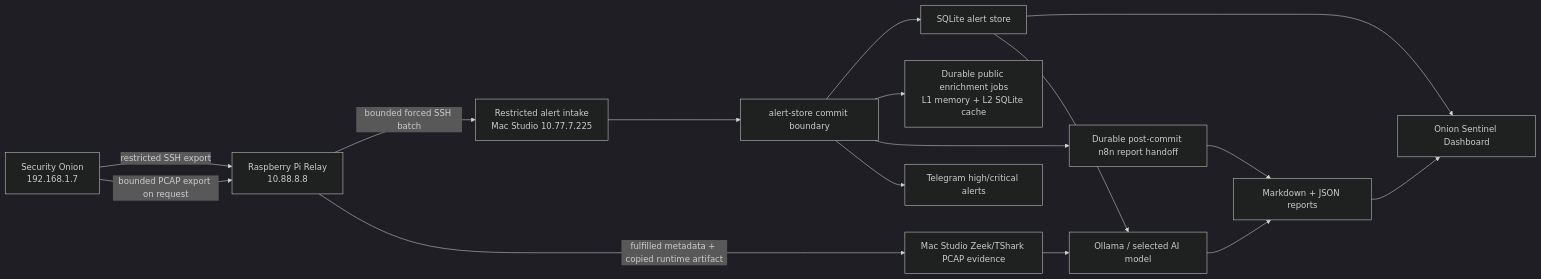
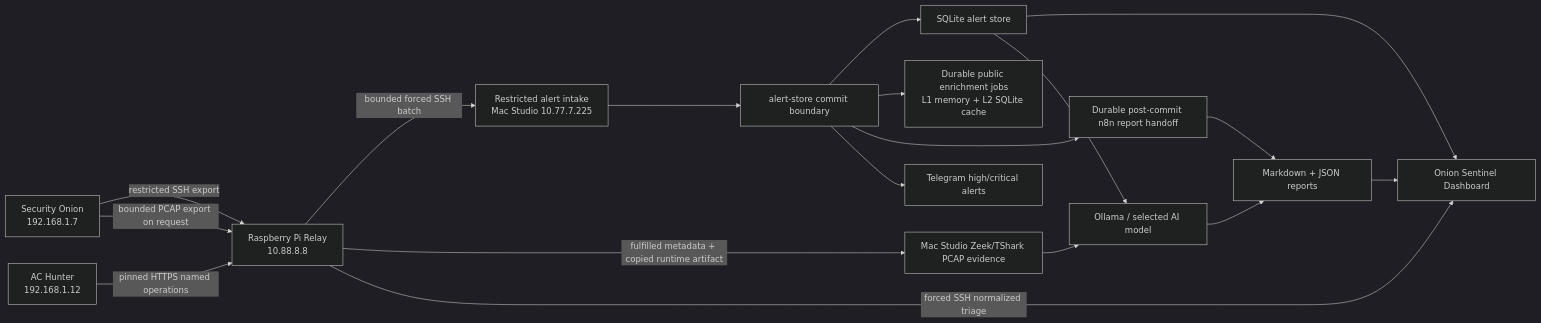
The diagram in README.md (ArronJablonowski/OnionSentinel), drawn with Mermaid (dark theme) before and after one commit. The commit also changed other lines of this file and 23 other files, not shown here.

````diff
--- a/README.md
+++ b/README.md
@@ -9,18 +9,20 @@
 ```mermaid
 flowchart LR
   SO["Security Onion\n192.168.1.7"] -->|restricted SSH export| PI["Raspberry Pi Relay\n10.88.8.8"]
   PI -->|bounded forced SSH batch| INTAKE["Restricted alert intake\nMac Studio 10.77.7.225"]
   INTAKE --> STORE["alert-store commit boundary"]
   STORE --> DB["SQLite alert store"]
   STORE --> ENRICH["Durable public enrichment jobs\nL1 memory + L2 SQLite cache"]
   STORE --> N8N["Durable post-commit n8n report handoff"]
   N8N --> MD["Markdown + JSON reports"]
   STORE --> TG["Telegram high/critical alerts"]
   DB --> UI["Onion Sentinel Dashboard"]
   MD --> UI
   SO -->|bounded PCAP export on request| PI
   PI -->|fulfilled metadata + copied runtime artifact| PCAP["Mac Studio Zeek/TShark PCAP evidence"]
   PCAP --> LLM
+  ACH["AC Hunter\n192.168.1.12"] -->|pinned HTTPS named operations| PI
+  PI -->|forced SSH normalized triage| UI
   DB --> LLM["Ollama / selected AI model"]
   LLM --> MD
 ```
````
